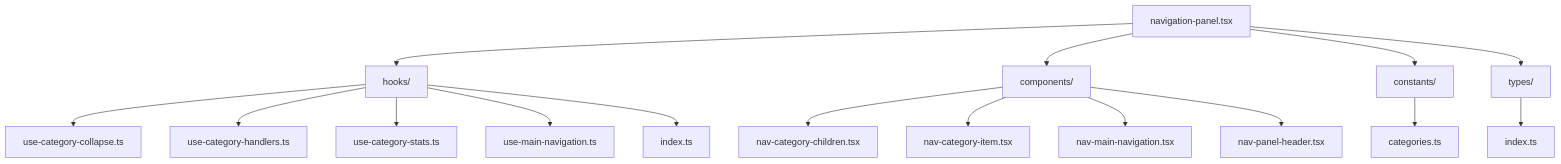
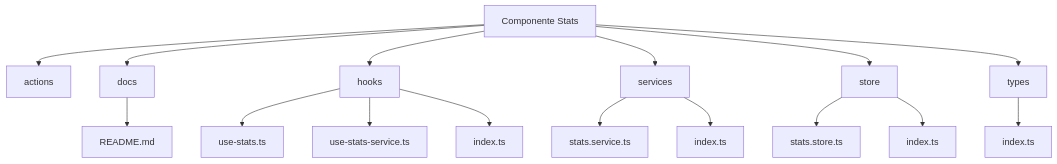
The fourth of 4 diagrams in docs/progress.md (gvastethecreator/media-manager), drawn with Mermaid before and after one commit. The commit also changed other lines of this file and 1 other file, not shown here.

````diff
--- a/docs/progress.md
+++ b/docs/progress.md
@@ -289,22 +518,23 @@
 ```mermaid
 graph TD
-    A[navigation-panel.tsx] --> B[hooks/]
-    A --> C[components/]
-    A --> D[constants/]
-    A --> E[types/]
+    A[Componente Stats] --> B[actions]
+    A --> C[docs]
+    A --> D[hooks]
+    A --> E[services]
+    A --> G[store]
+    A --> H[types]
 
-    B --> B1[use-category-collapse.ts]
-    B --> B2[use-category-handlers.ts]
-    B --> B3[use-category-stats.ts]
-    B --> B4[use-main-navigation.ts]
-    B --> B5[index.ts]
+    D --> D1[use-stats.ts]
+    D --> D2[use-stats-service.ts]
+    D --> D3[index.ts]
 
-    C --> C1[nav-category-children.tsx]
-    C --> C2[nav-category-item.tsx]
-    C --> C3[nav-main-navigation.tsx]
-    C --> C4[nav-panel-header.tsx]
+    E --> E1[stats.service.ts]
+    E --> E2[index.ts]
 
-    D --> D1[categories.ts]
+    G --> G1[stats.store.ts]
+    G --> G2[index.ts]
 
-    E --> E1[index.ts]
+    H --> H1[index.ts]
+
+    C --> C1[README.md]
 ```
````
